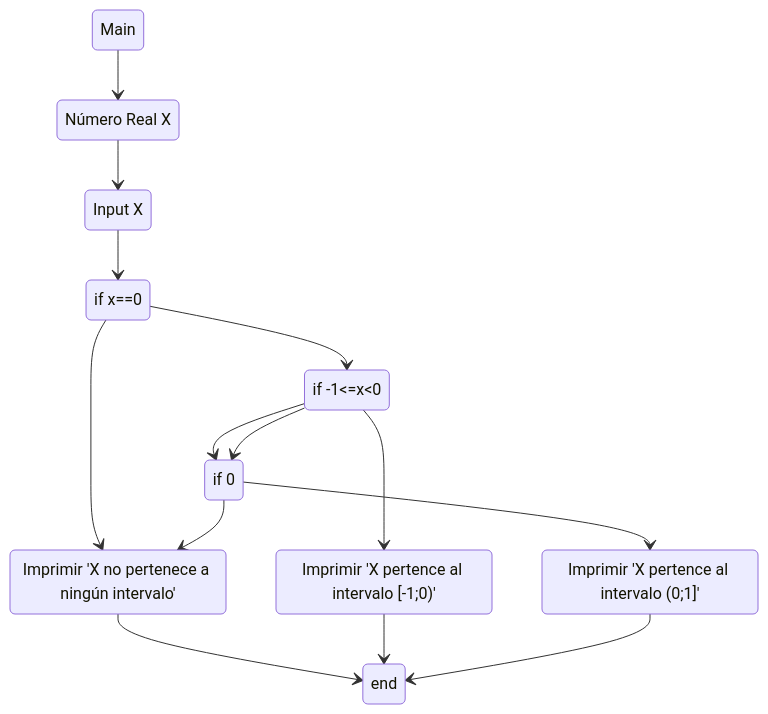
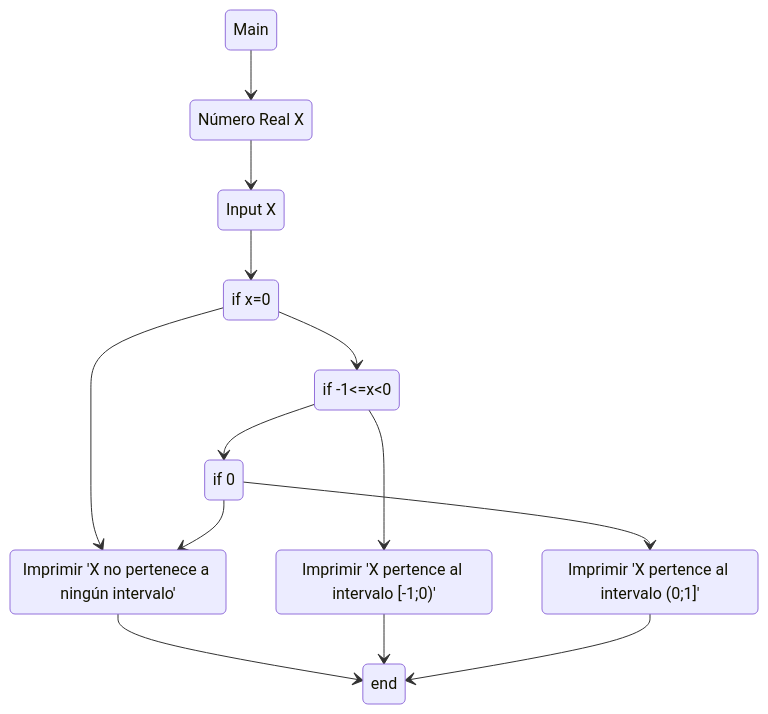
One commit to ValentinJM/TP-8 changed the diagram in Ejercicios/2.md. Above: the diagram before and after it, drawn with Mermaid.

````diff
--- a/Ejercicios/2.md
+++ b/Ejercicios/2.md
@@ -3,24 +3,23 @@
 ```mermaid
 stateDiagram-v2
 state "Número Real X" as A
 state "Input X" as B
-state "if x==0" as C
+state "if x=0" as C
 state "Imprimir 'X no pertenece a ningún intervalo'" as D
 state "if -1<=x<0" as E
 state "Imprimir 'X pertence al intervalo [-1;0)'" as F
 state "if 0<x<=1" as G
 state "Imprimir 'X pertence al intervalo (0;1]'" as H
     Main --> A
     A --> B
     B --> C
     C --> D
     D --> end
     C --> E
     E --> F
     E --> G
     F --> end
-    E --> G
     G --> H
     H --> end
     G --> D
 ```
````
